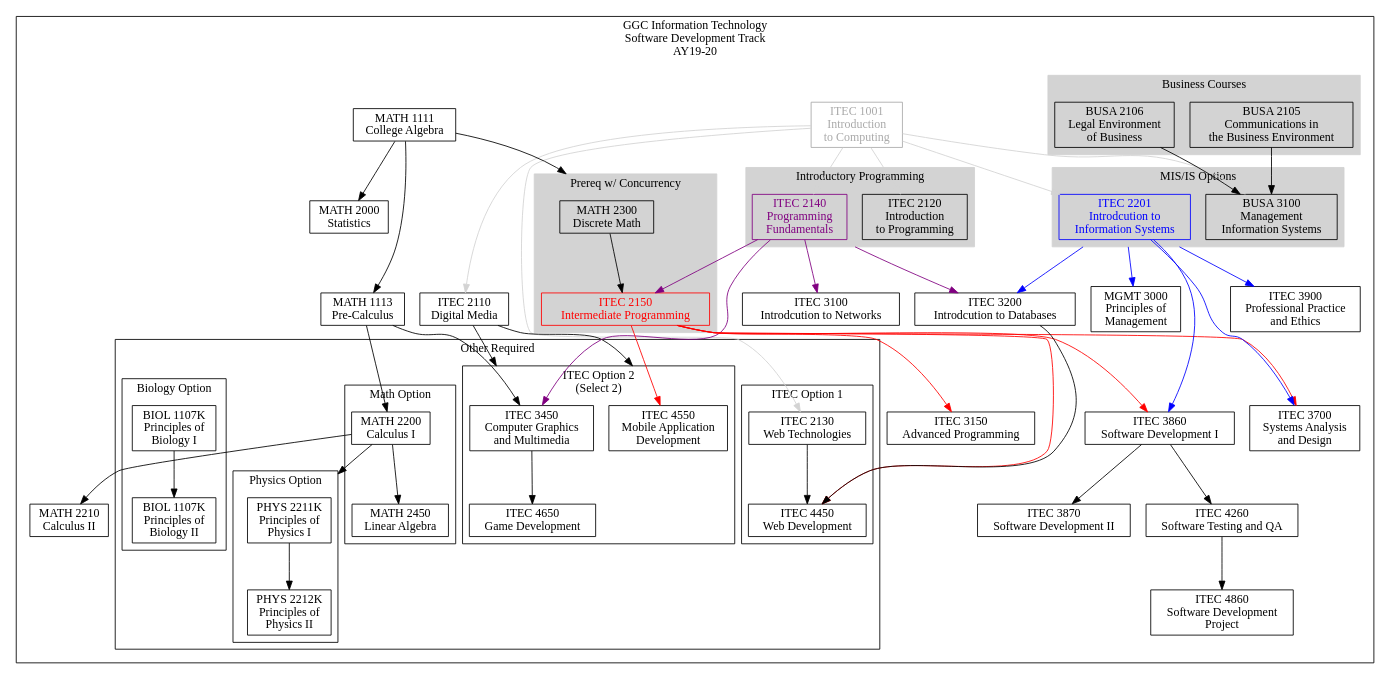
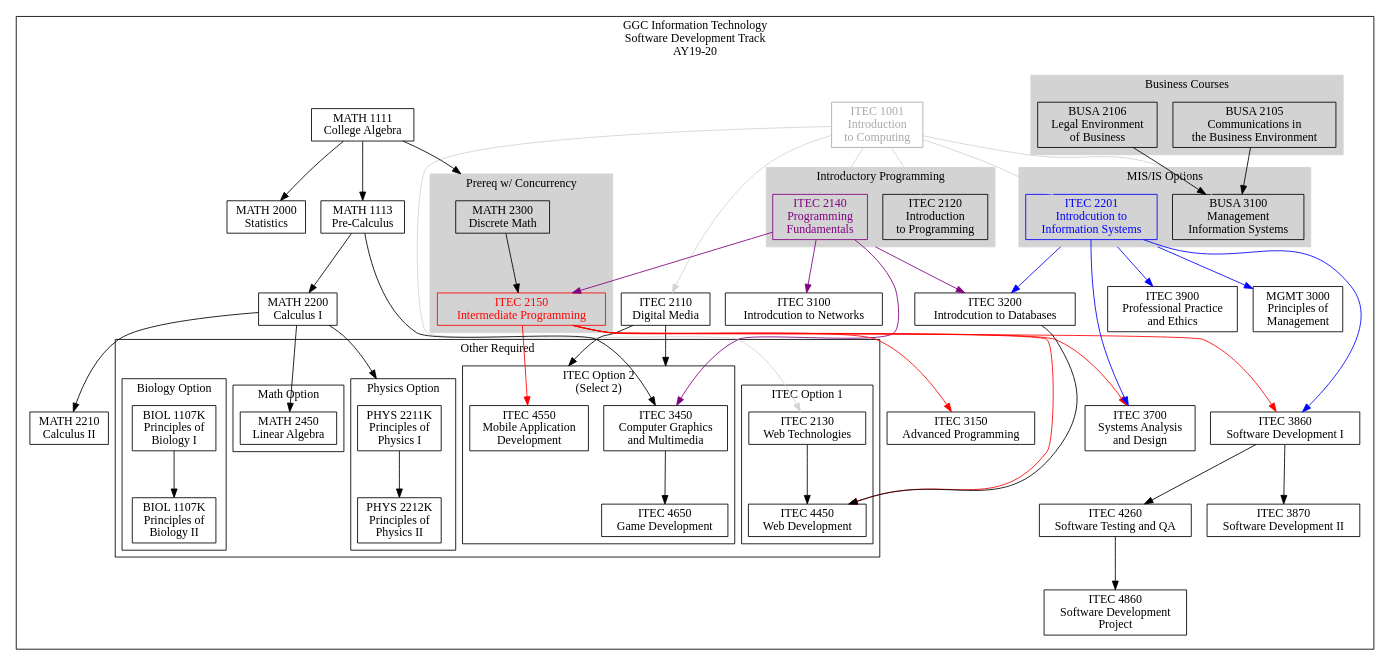
Before and after one commit to rjlutz/itec-plans: the diagram in AY19-20/SoftwareDevelopment.dot, drawn with Graphviz. The commit also changed 5 other files, not shown here.

```diff
--- a/AY19-20/SoftwareDevelopment.dot
+++ b/AY19-20/SoftwareDevelopment.dot
@@ -1,162 +1,163 @@
 digraph G {
 
     node [shape = record, fontname="Sans serif" fontsize="14"];
     compound = true //  needed to link clusters and nodes
     splines = true
     ranksep=0.75
 
      // All
     itec1001[label = "ITEC 1001\nIntroduction \nto Computing" color=darkgray fontcolor=darkgray]
     itec2110[label = "ITEC 2110\nDigital Media"]
     itec2120[label = "ITEC 2120\nIntroduction\nto Programming"]
     itec2130[label = "ITEC 2130\nWeb Technologies"]
     itec2140[label = "ITEC 2140\nProgramming \nFundamentals" color=purple fontcolor=purple]
     itec2150[label = "ITEC 2150\nIntermediate Programming" color=red fontcolor=red]
     itec2201[label = "ITEC 2201\nIntrodcution to\nInformation Systems" color=blue fontcolor=blue]
     itec3100[label = "ITEC 3100\nIntrodcution to Networks"]
     itec3200[label = "ITEC 3200\nIntrodcution to Databases"]
     itec3900[label = "ITEC 3900\nProfessional Practice\nand Ethics"]
     busa2105[label = "BUSA 2105\nCommunications in\nthe Business Environment"]
     busa2106[label = "BUSA 2106\nLegal Environment\nof Business"]
     busa3100[label = "BUSA 3100\nManagement \nInformation Systems"]
     math1111[label = "MATH 1111\nCollege Algebra"]
     math1113[label = "MATH 1113\nPre-Calculus"]
     math2300[label = "MATH 2300\nDiscrete Math"]
     math2000[label = "MATH 2000\nStatistics"]
     math2200[label = "MATH 2200\nCalculus I"]
     mgmt3000[label = "MGMT 3000\nPrinciples of\nManagement"]
 
     // Software Development 
     itec3150[label = "ITEC 3150\nAdvanced Programming"]
     itec3450[label = "ITEC 3450\nComputer Graphics\nand Multimedia"]
     itec3700[label = "ITEC 3700\nSystems Analysis\nand Design"]
     itec3860[label = "ITEC 3860\nSoftware Development I"]
     itec3870[label = "ITEC 3870\nSoftware Development II"]
     itec4260[label = "ITEC 4260\nSoftware Testing and QA"]
     itec4860[label = "ITEC 4860\nSoftware Development\nProject"]
     itec4450[label = "ITEC 4450\nWeb Development"]
     itec4550[label = "ITEC 4550\nMobile Application\nDevelopment"]
     itec4650[label = "ITEC 4650\nGame Development"]
     math2210[label = "MATH 2210\nCalculus II"]
     math2450[label = "MATH 2450\nLinear Algebra"]
     phys2211k[label = "PHYS 2211K\nPrinciples of\nPhysics I"]
     phys2212k[label = "PHYS 2212K\nPrinciples of\nPhysics II"]
     biol1107k[label = "BIOL 1107K\nPrinciples of\nBiology I"]
     biol1108k[label = "BIOL 1107K\nPrinciples of\nBiology II"]
 
 
     subgraph clustersd {
         label="GGC Information Technology\nSoftware Development Track\nAY19-20"
 
         subgraph clusterrequired {
             label=""
             node [style=filled];
             style=filled;
 
             color="#FFFFFF";
             
             itec1001 -> itec2110 [color=lightgray]
             itec1001 -> itec2120 [color=lightgray]
             itec1001 -> itec2130 [color=lightgray]
             itec1001 -> itec2201 [color=lightgray]
             itec1001 -> busa3100 [color=lightgray]
 
             busa2106 -> busa3100
             busa2105 -> busa3100
             itec1001 -> itec2140 [color=lightgray]
             itec2140 -> itec2150 [color=purple]
             itec2150 -> itec3150 [lltail=clusterdiscrete color=red]
 
             itec2140 -> itec3100 [color=purple]
             itec2201 -> itec3200 [color=blue ltail=cluster22013100];
             itec2140 -> itec3200 [ltail=cluster21202140 color=purple]
 
             itec2150 -> itec3700 [lltail=clusterdiscrete color=red]
             itec2201 -> itec3700 [color=blue]
 
             itec2150 -> itec3860 [color=red]
             itec2201 -> itec3860 [color=blue]
             itec3860 -> itec3870
             itec2201 -> itec3900 [ltail=cluster22013100 color=blue]
             itec3860 -> itec4260 -> itec4860
             itec2201 -> mgmt3000 [ltail=cluster22013100 color=blue]
 
             math1113 -> math2200
             math1111 -> math1113
             math1111 -> math2000
             math1111 -> math2300 [lhead=clusterdiscrete]
             math2200 -> math2210 [lhead=clustermathopt]
+            math2200 -> math2450
             itec3200 -> itec4450
 
             math1113 -> itec3450
             itec2110 -> itec3450 [lhead=clusteritecopt2]
             itec2140 -> itec3450 [color=purple]
             itec2110 -> itec4550 [lhead=clusteritecopt2]
             math2200 -> phys2211k [lhead=clusterphysopt]
             itec2150 -> itec4550 [color=red]
 
             subgraph cluster21202140 {
                 label = "Introductory Programming";
                 color=lightgrey;
                 itec2120
                 itec2140
             }
             subgraph cluster22013100 {
                 label = "MIS/IS Options";
                 color=lightgrey;
                 itec2201
                 busa3100
             }
             subgraph cluster21052106 {
                 label = "Business Courses"
                 color=lightgrey;
                 busa2105
                 busa2106
             }
             
             subgraph clusterdiscrete {
                 label = "Prereq w/ Concurrency";
                 node [style=filled];
                 style=filled;
                 color=lightgrey;
                 math2300 -> itec2150
             }
 
             subgraph clusterotherrequired {
                 label = "Other Required"
                 node [style=filled];
                 style=filled;
                 graph[style=solid]
                 color=black;
 
                 subgraph clusteritecopt1 {
                     label = "ITEC Option 1";
                     itec2130 -> itec4450
                     itec2150 -> itec4450 [color=red]
                 }
 
                 subgraph clusteritecopt2 {
                     label = "ITEC Option 2\n(Select 2)";
                     
                     itec3450 -> itec4650
                     itec4550
                 }
 
                 subgraph clusterbiolopt {
                     label = "Biology Option";
                     biol1107k -> biol1108k
                 }
 
                 subgraph clustermathopt {
                     label = "Math Option";
-                    math2200 -> math2450
+                    math2450
                 }
 
                 subgraph clusterphysopt {
                     label = "Physics Option"
                     phys2211k -> phys2212k
                 }
             }
         }    
     }
 }
```
